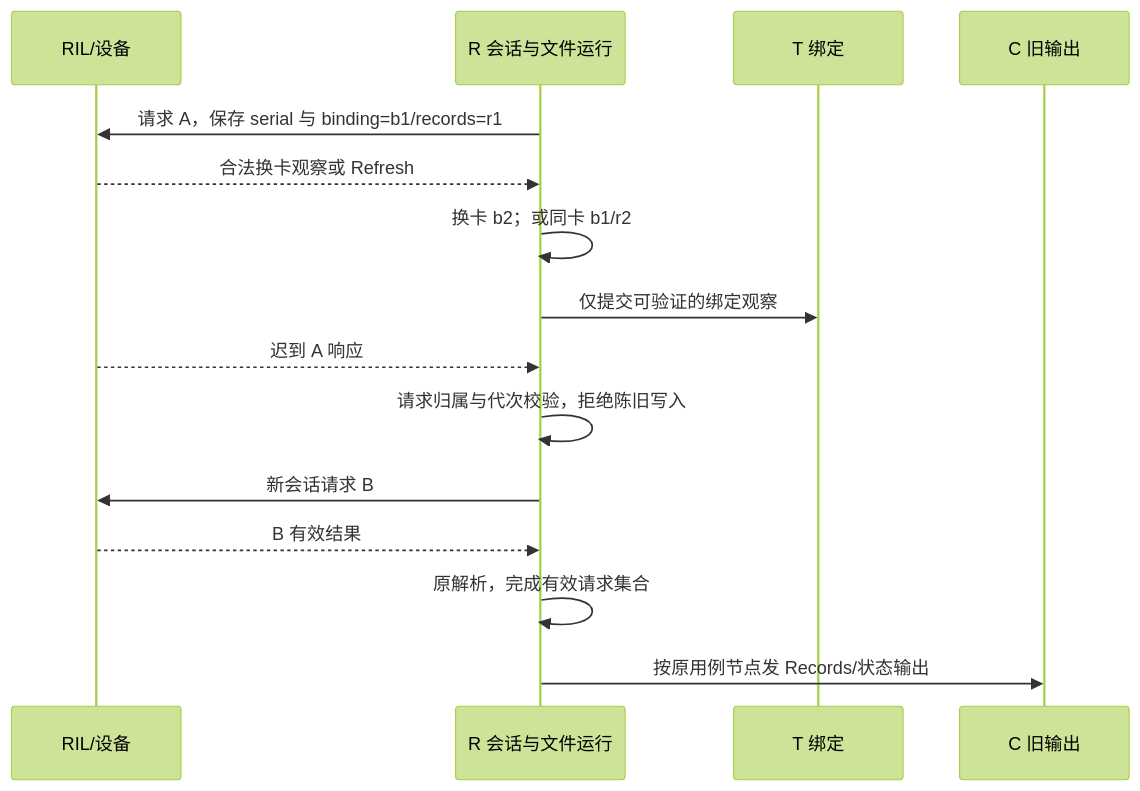
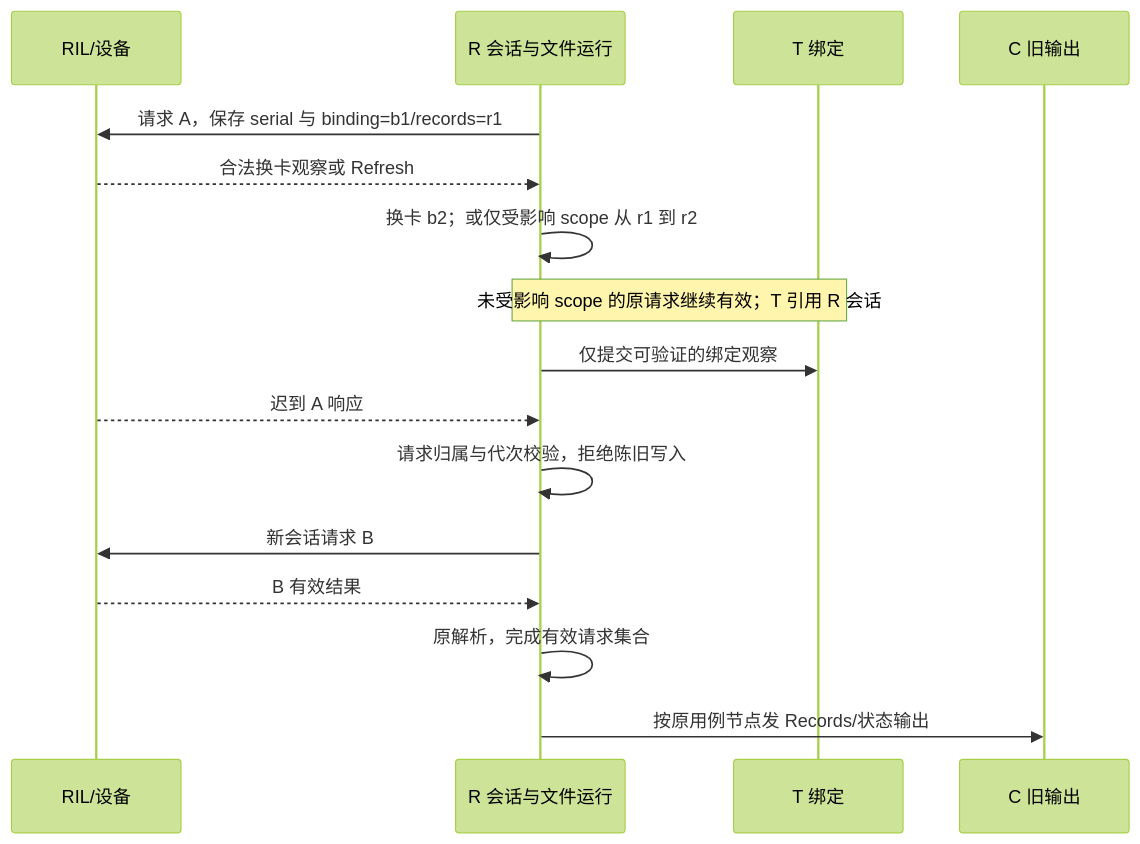
The seventh of 9 diagrams in telephony_core_service/docs/SIM_Architecture_Refactor_Design.md (zjuluowu/multisim), drawn with Mermaid (forest theme) before and after one commit. The commit also changed other lines of this file, not shown here.

First line of the commit message:
docs(sim): correct architecture review findings

````diff
--- a/telephony_core_service/docs/SIM_Architecture_Refactor_Design.md
+++ b/telephony_core_service/docs/SIM_Architecture_Refactor_Design.md
@@ -500,17 +596,18 @@
 ```mermaid
 sequenceDiagram
   participant D as RIL/设备
   participant R as R 会话与文件运行
   participant T as T 绑定
   participant C as C 旧输出
   R->>D: 请求 A，保存 serial 与 binding=b1/records=r1
   D-->>R: 合法换卡观察或 Refresh
-  R->>R: 换卡 b2；或同卡 b1/r2
+  R->>R: 换卡 b2；或仅受影响 scope 从 r1 到 r2
+  Note over R,T: 未受影响 scope 的原请求继续有效；T 引用 R 会话
   R->>T: 仅提交可验证的绑定观察
   D-->>R: 迟到 A 响应
   R->>R: 请求归属与代次校验，拒绝陈旧写入
   R->>D: 新会话请求 B
   D-->>R: B 有效结果
   R->>R: 原解析，完成有效请求集合
   R->>C: 按原用例节点发 Records/状态输出
 ```
````
